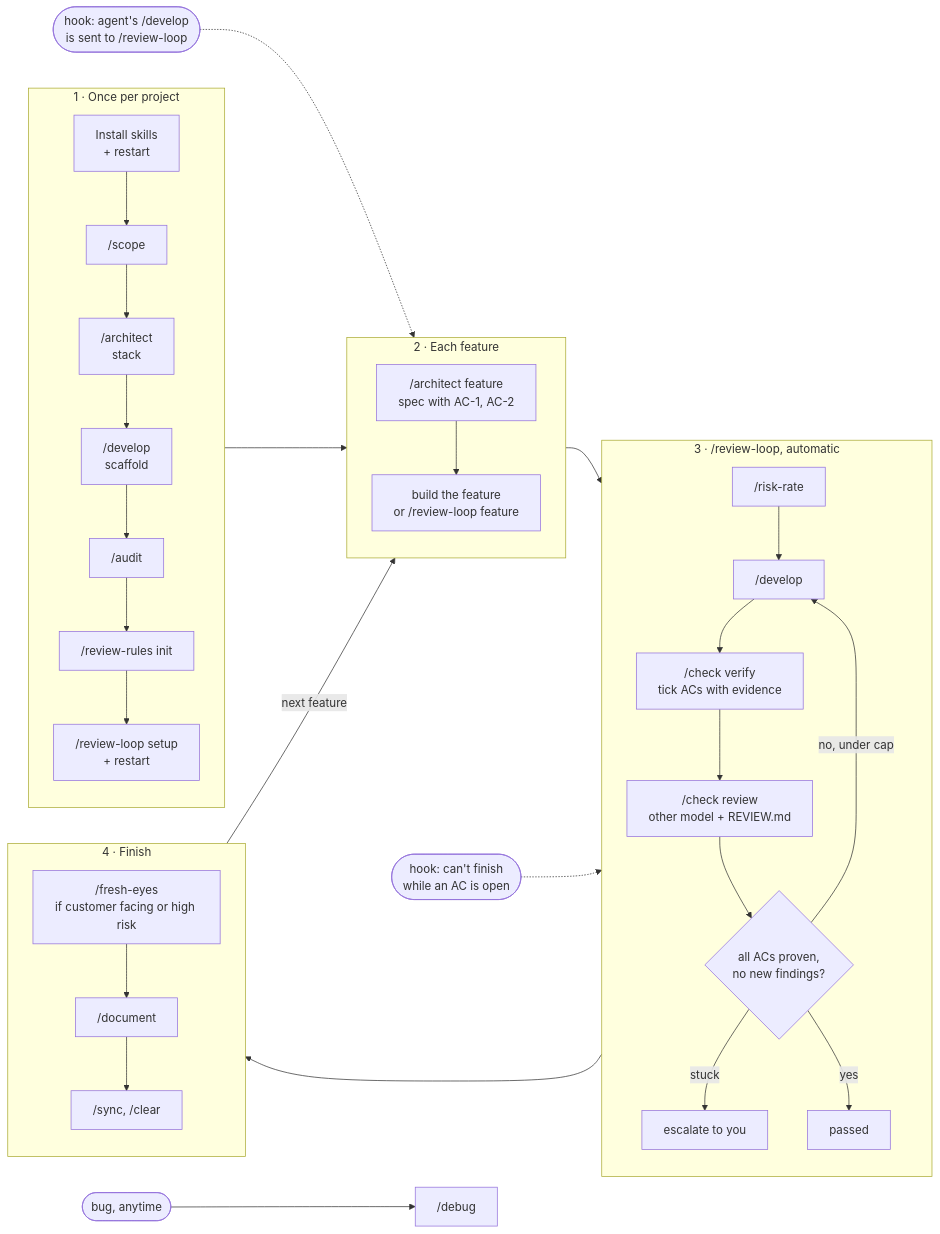
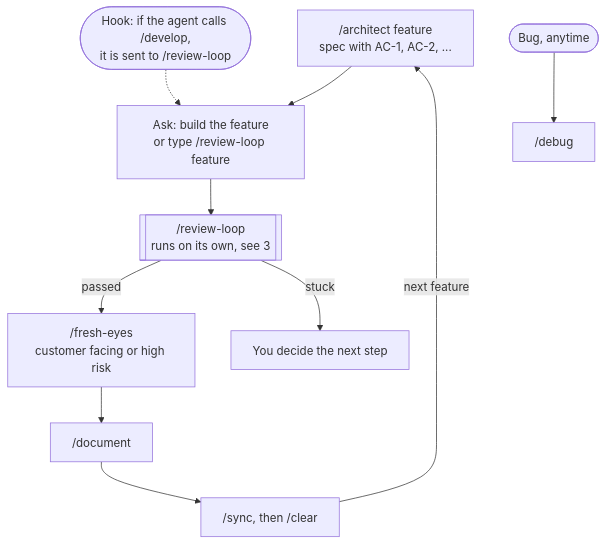
Before and after one commit to toyinogun/skills: the second of 3 diagrams in docs/fresh-project.md, drawn with Mermaid. The commit also changed other lines of this file, not shown here.

Commit message:
docs: split the flow into three readable diagrams

````diff
--- a/docs/fresh-project.md
+++ b/docs/fresh-project.md
@@ -5,34 +20,11 @@
 ```mermaid
-flowchart LR
-    subgraph SETUP["1 · Once per project"]
-        direction TB
-        S1["Install skills<br/>+ restart"] --> S2["/scope"] --> S3["/architect<br/>stack"] --> S4["/develop<br/>scaffold"] --> S5["/audit"] --> S6["/review-rules init"] --> S7["/review-loop setup<br/>+ restart"]
-    end
-
-    subgraph FEATURE["2 · Each feature"]
-        direction TB
-        F1["/architect feature<br/>spec with AC-1, AC-2"] --> F2["build the feature<br/>or /review-loop feature"]
-    end
-
-    subgraph LOOP["3 · /review-loop, automatic"]
-        direction TB
-        L1["/risk-rate"] --> L2["/develop"] --> L3["/check verify<br/>tick ACs with evidence"] --> L4["/check review<br/>other model + REVIEW.md"] --> L5{"all ACs proven,<br/>no new findings?"}
-        L5 -->|"no, under cap"| L2
-        L5 -->|"stuck"| L7["escalate to you"]
-        L5 -->|"yes"| L6["passed"]
-    end
-
-    subgraph AFTER["4 · Finish"]
-        direction TB
-        A1["/fresh-eyes<br/>if customer facing or high risk"] --> A2["/document"] --> A3["/sync, /clear"]
-    end
-
-    S7 --> F1
-    F2 --> L1
-    L6 --> A1
+flowchart TD
+    F1["/architect feature<br/>spec with AC-1, AC-2, ..."] --> F2["Ask: build the feature<br/>or type /review-loop feature"]
+    F2 --> F3[["/review-loop<br/>runs on its own, see 3"]]
+    F3 -->|"passed"| A1["/fresh-eyes<br/>customer facing or high risk"]
+    F3 -->|"stuck"| E1["You decide the next step"]
+    A1 --> A2["/document"] --> A3["/sync, then /clear"]
     A3 -->|"next feature"| F1
-
-    H1(["hook: agent's /develop<br/>is sent to /review-loop"]) -.-> F2
-    H2(["hook: can't finish<br/>while an AC is open"]) -.-> L5
-    B1(["bug, anytime"]) --> B2["/debug"]
+    H1(["Hook: if the agent calls /develop,<br/>it is sent to /review-loop"]) -.-> F2
+    B1(["Bug, anytime"]) --> B2["/debug"]
 ```
````
